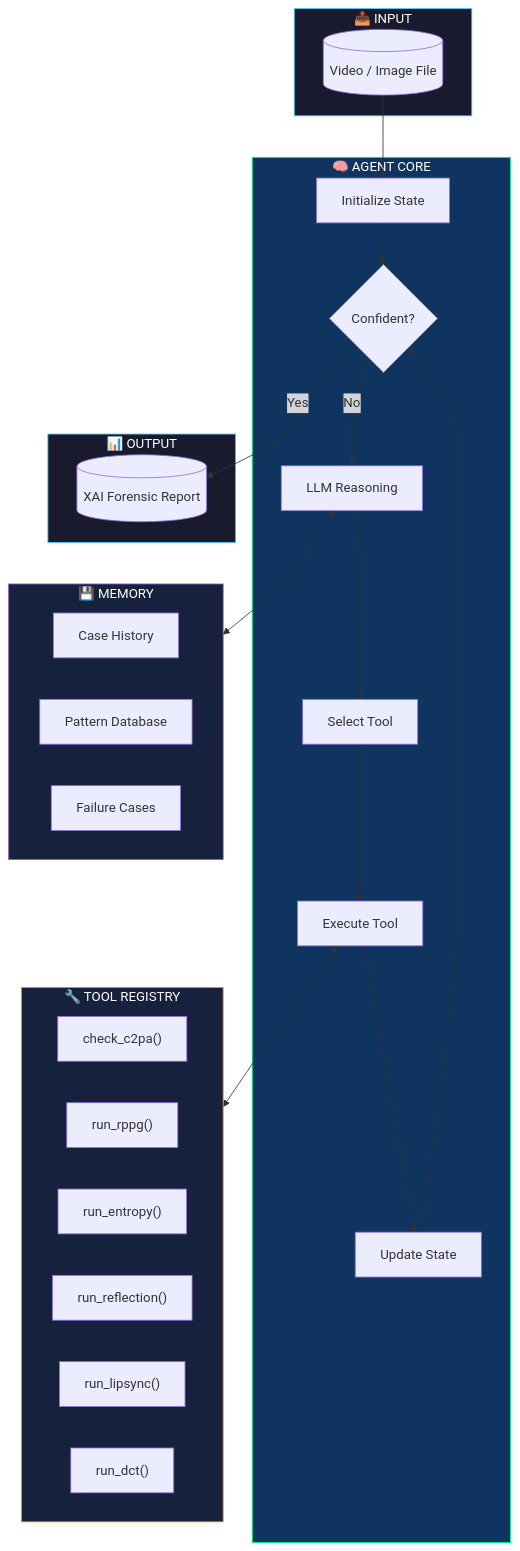
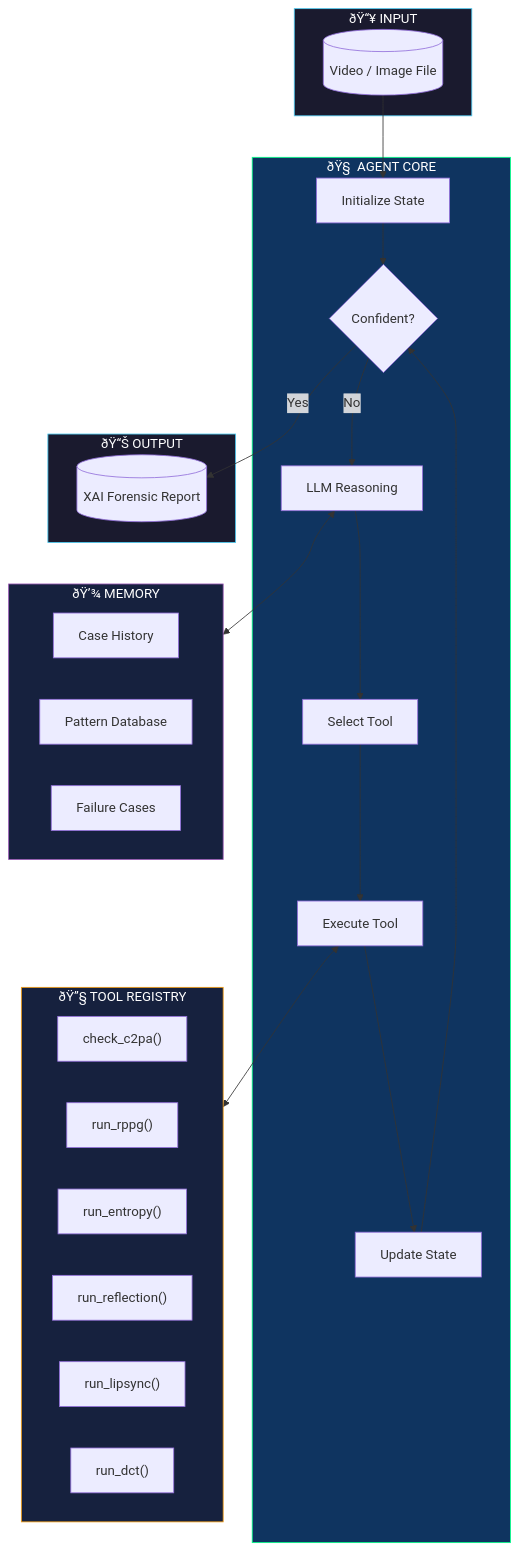
The first of 10 diagrams in README.md (gaurav337/Aegis-X), drawn with Mermaid before and after one commit. The commit also changed other lines of this file, not shown here.

````diff
--- a/README.md
+++ b/README.md
@@ -457,50 +494,50 @@
 ```mermaid
 flowchart TD
-    subgraph INPUT["📥 INPUT"]
+    subgraph INPUT["ðŸ“¥ INPUT"]
         A[("Video / Image File")]
     end
 
-    subgraph AGENT["🧠 AGENT CORE"]
+    subgraph AGENT["ðŸ§  AGENT CORE"]
         B["Initialize State"]
         C{"Confident?"}
         D["LLM Reasoning"]
         E["Select Tool"]
         F["Execute Tool"]
         G["Update State"]
     end
 
-    subgraph TOOLS["🔧 TOOL REGISTRY"]
+    subgraph TOOLS["ðŸ”§ TOOL REGISTRY"]
         T1["check_c2pa()"]
         T2["run_rppg()"]
         T3["run_entropy()"]
         T4["run_reflection()"]
         T5["run_lipsync()"]
         T6["run_dct()"]
     end
 
-    subgraph MEMORY["💾 MEMORY"]
+    subgraph MEMORY["ðŸ’¾ MEMORY"]
         M1["Case History"]
         M2["Pattern Database"]
         M3["Failure Cases"]
     end
 
-    subgraph OUTPUT["📊 OUTPUT"]
+    subgraph OUTPUT["ðŸ“Š OUTPUT"]
         H[("XAI Forensic Report")]
     end
 
     A --> B --> C
     C -->|"No"| D
     D --> E
     E --> F
     F <--> TOOLS
     F --> G --> C
     C -->|"Yes"| H
     
     D <--> MEMORY
 
     style INPUT fill:#1a1a2e,stroke:#4cc9f0,color:#fff
     style AGENT fill:#0f3460,stroke:#00ff88,color:#fff
     style TOOLS fill:#16213e,stroke:#f39c12,color:#fff
     style MEMORY fill:#16213e,stroke:#9b59b6,color:#fff
     style OUTPUT fill:#1a1a2e,stroke:#4cc9f0,color:#fff
 ```
````
